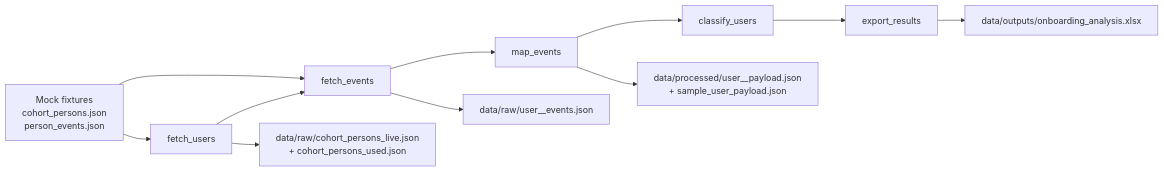
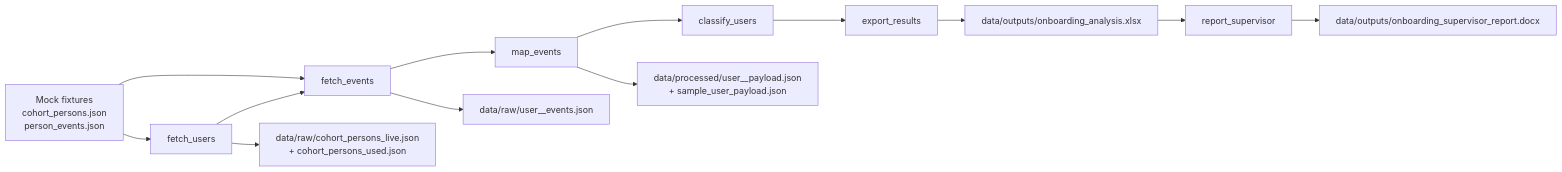
The second of 2 diagrams in docs/architecture.md (ivan-ict/focusbear-posthog-llm-analysis), drawn with Mermaid before and after one commit. The commit also changed other lines of this file and 16 other files, not shown here.

````diff
--- a/docs/architecture.md
+++ b/docs/architecture.md
@@ -51,25 +56,29 @@
 ```mermaid
 flowchart LR
     FIX["Mock fixtures\ncohort_persons.json\nperson_events.json"]
     USERS["fetch_users"]
     EVENTS["fetch_events"]
     MAP["map_events"]
     CLASSIFY["classify_users"]
     EXPORT["export_results"]
+    REPORT["report_supervisor"]
 
     RAW1["data/raw/cohort_persons_live.json\n+ cohort_persons_used.json"]
     RAW2["data/raw/user_<id>_events.json"]
     PROC["data/processed/user_<id>_payload.json\n+ sample_user_payload.json"]
     OUT["data/outputs/onboarding_analysis.xlsx"]
+    DOCX["data/outputs/onboarding_supervisor_report.docx"]
 
     FIX --> USERS
     FIX --> EVENTS
     USERS --> RAW1
     USERS --> EVENTS
     EVENTS --> RAW2
     EVENTS --> MAP
     MAP --> PROC
     MAP --> CLASSIFY
     CLASSIFY --> EXPORT
     EXPORT --> OUT
+    OUT --> REPORT
+    REPORT --> DOCX
 ```
````
